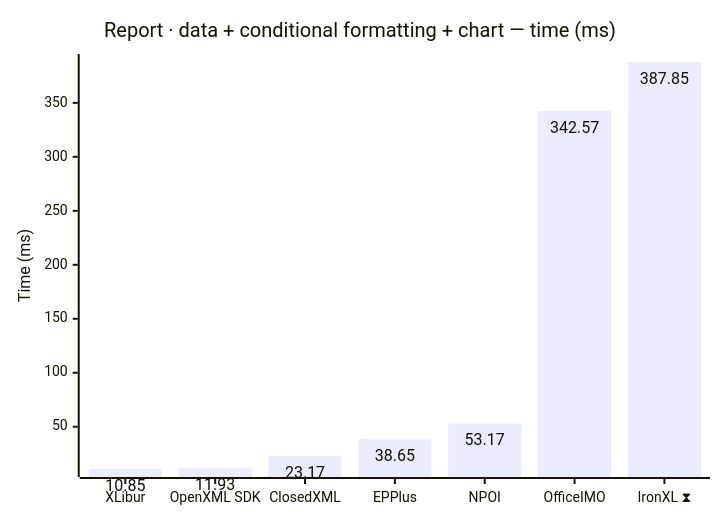
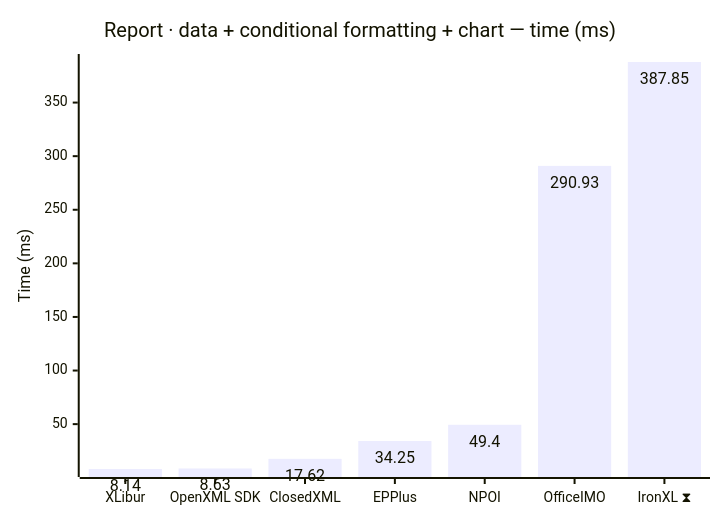
Before and after one commit to jafin/XLBench: the ninth of 18 diagrams in docs/results-ci.md, drawn with Mermaid. The commit also changed other lines of this file, not shown here.

````diff
--- a/docs/results-ci.md
+++ b/docs/results-ci.md
@@ -147,12 +147,12 @@
 ```mermaid
 ---
 config:
   xyChart:
     showDataLabel: true
 ---
 xychart-beta
     title "Report · data + conditional formatting + chart — time (ms)"
     x-axis ["XLibur", "OpenXML SDK", "ClosedXML", "EPPlus", "NPOI", "OfficeIMO", "IronXL ⧗"]
     y-axis "Time (ms)"
-    bar [10.85, 11.93, 23.17, 38.65, 53.17, 342.57, 387.85]
+    bar [8.14, 8.63, 17.62, 34.25, 49.4, 290.93, 387.85]
 ```
````
